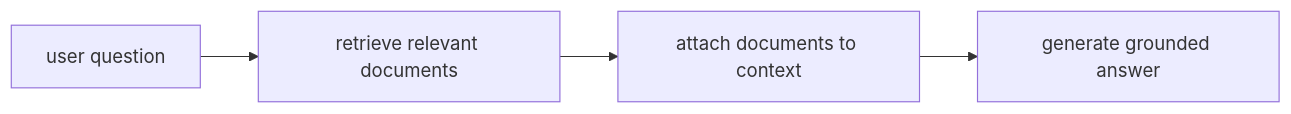
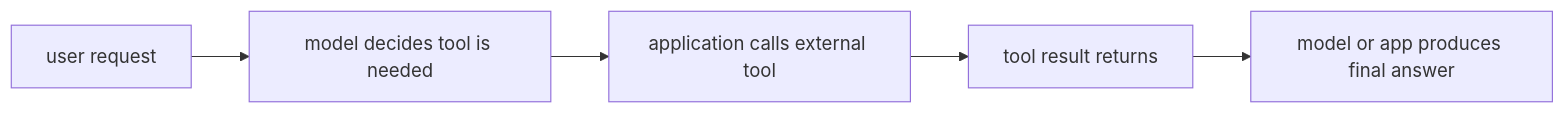
The diagram in docs/parts/part-05/chapter-12/section-01.md (devchan64/AiBook), drawn with Mermaid before and after one commit. The commit also changed other lines of this file and 47 other files, not shown here.

````diff
--- a/docs/parts/part-05/chapter-12/section-01.md
+++ b/docs/parts/part-05/chapter-12/section-01.md
@@ -154,9 +147,10 @@
 ```mermaid
 flowchart LR
-  A["user question"]
-  B["retrieve relevant documents"]
-  C["attach documents to context"]
-  D["generate grounded answer"]
+  A["user request"]
+  B["model decides tool is needed"]
+  C["application calls external tool"]
+  D["tool result returns"]
+  E["model or app produces final answer"]
 
-  A --> B --> C --> D
+  A --> B --> C --> D --> E
 ```
````
